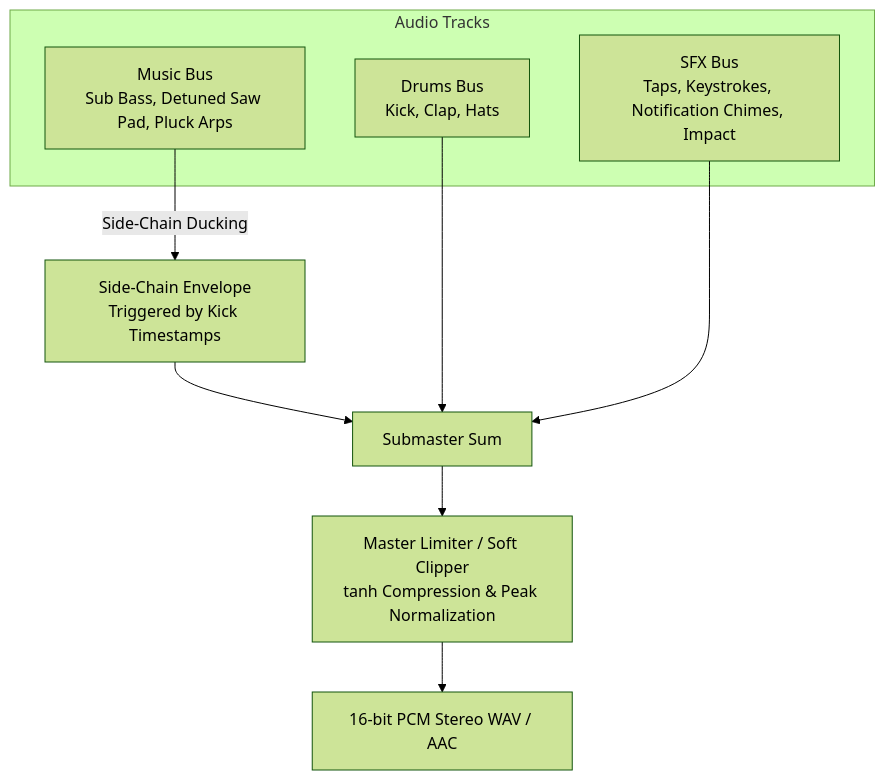
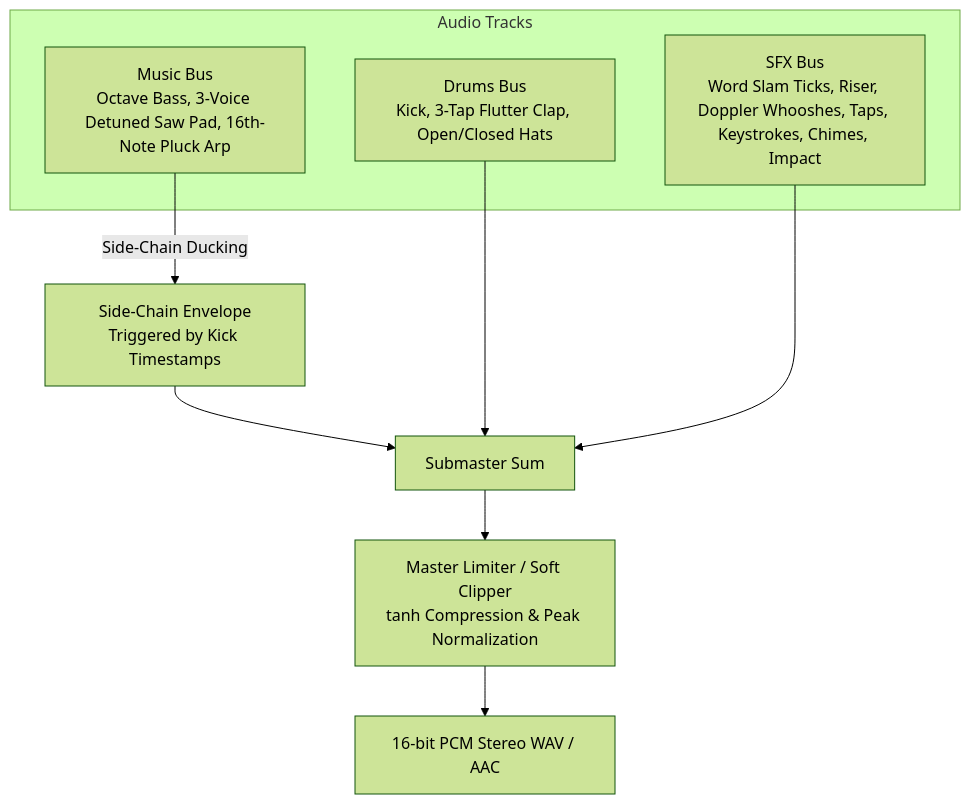
One commit to gnustella-lab/procedural-motion-graphics changed the diagram in .agents/skills/procedural-motion-graphics/references/procedural-audio-dsp-and-sound-design.md. Above: the diagram before and after it, drawn with Mermaid (forest theme). The commit also changed other lines of this file and 9 other files, not shown here.

First line of the commit message:
feat(motion): update procedural motion graphics skill to V4 golden standard

````diff
--- a/.agents/skills/procedural-motion-graphics/references/procedural-audio-dsp-and-sound-design.md
+++ b/.agents/skills/procedural-motion-graphics/references/procedural-audio-dsp-and-sound-design.md
@@ -7,14 +7,14 @@
 ```mermaid
 flowchart TD
     subgraph Audio Tracks
-        A[Drums Bus<br/>Kick, Clap, Hats]
-        B[Music Bus<br/>Sub Bass, Detuned Saw Pad, Pluck Arps]
-        C[SFX Bus<br/>Taps, Keystrokes, Notification Chimes, Impact]
+        A[Drums Bus<br/>Kick, 3-Tap Flutter Clap, Open/Closed Hats]
+        B[Music Bus<br/>Octave Bass, 3-Voice Detuned Saw Pad, 16th-Note Pluck Arp]
+        C[SFX Bus<br/>Word Slam Ticks, Riser, Doppler Whooshes, Taps, Keystrokes, Chimes, Impact]
     end
     B -->|Side-Chain Ducking| D[Side-Chain Envelope<br/>Triggered by Kick Timestamps]
     D --> E[Submaster Sum]
     A --> E
     C --> E
     E --> F[Master Limiter / Soft Clipper<br/>tanh Compression & Peak Normalization]
     F --> G[16-bit PCM Stereo WAV / AAC]
 ```
````
